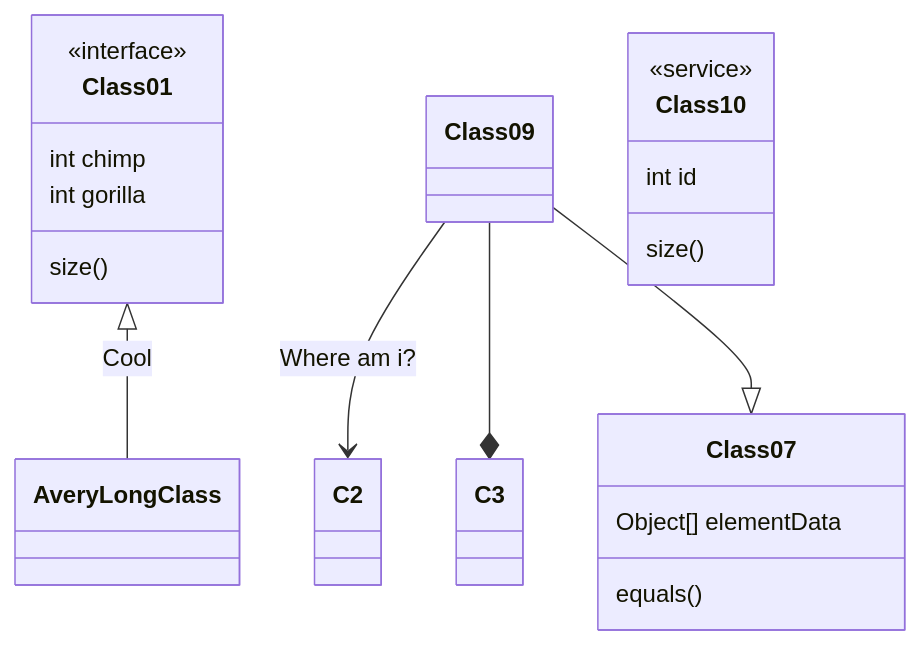
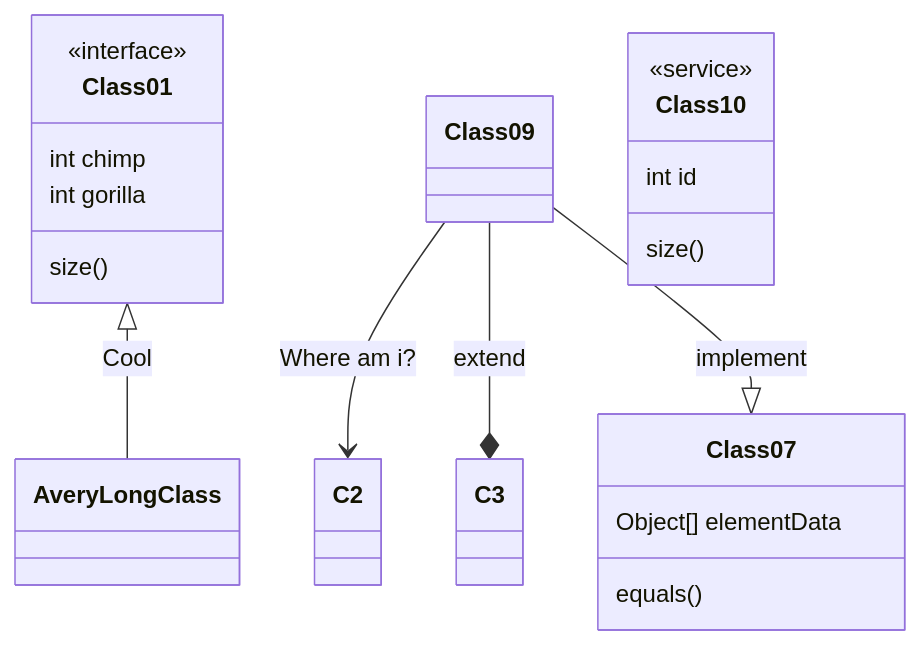
Before and after one commit to angelo0217/note_knowlage: the fourth of 4 diagrams in FlowSample.md, drawn with Mermaid.

Commit message:
add flow sample

````diff
--- a/FlowSample.md
+++ b/FlowSample.md
@@ -32,18 +32,18 @@
 ```mermaid
 classDiagram
   Class01 <|-- AveryLongClass : Cool
   <<interface>> Class01
   Class09 --> C2 : Where am i?
-  Class09 --* C3
-  Class09 --|> Class07
+  Class09 --* C3 : extend
+  Class09 --|> Class07 : implement
   Class07 : equals()
   Class07 : Object[] elementData
   Class01 : size()
   Class01 : int chimp
   Class01 : int gorilla
   class Class10 {
     <<service>>
     int id
     size()
   }
 ```
````
